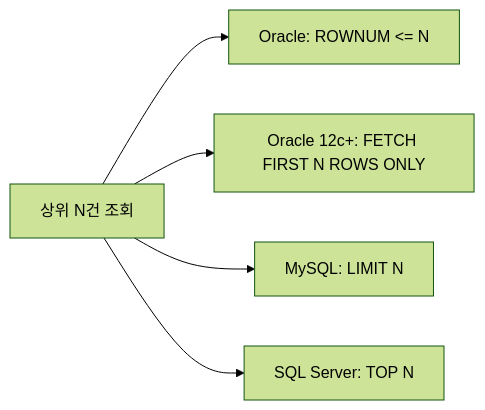
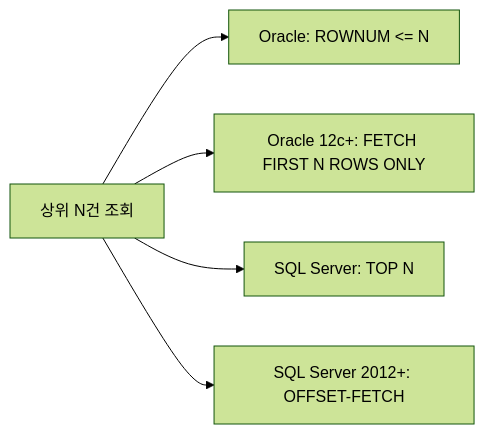
One commit to sungjin-dev/sungjin-dev.github.io changed the second of 4 diagrams in _posts/sql/2026-08-07-sql-oracle-sql-server.md. Above: the diagram before and after it, drawn with Mermaid (forest theme). The commit also changed other lines of this file, not shown here.

````diff
--- a/_posts/sql/2026-08-07-sql-oracle-sql-server.md
+++ b/_posts/sql/2026-08-07-sql-oracle-sql-server.md
@@ -410,7 +486,7 @@
 ```mermaid
 flowchart LR
     A["상위 N건 조회"] --> B["Oracle: ROWNUM &lt;= N"]
     A --> C["Oracle 12c+: FETCH FIRST N ROWS ONLY"]
-    A --> D["MySQL: LIMIT N"]
-    A --> E["SQL Server: TOP N"]
+    A --> D["SQL Server: TOP N"]
+    A --> E["SQL Server 2012+: OFFSET-FETCH"]
 ```
````
